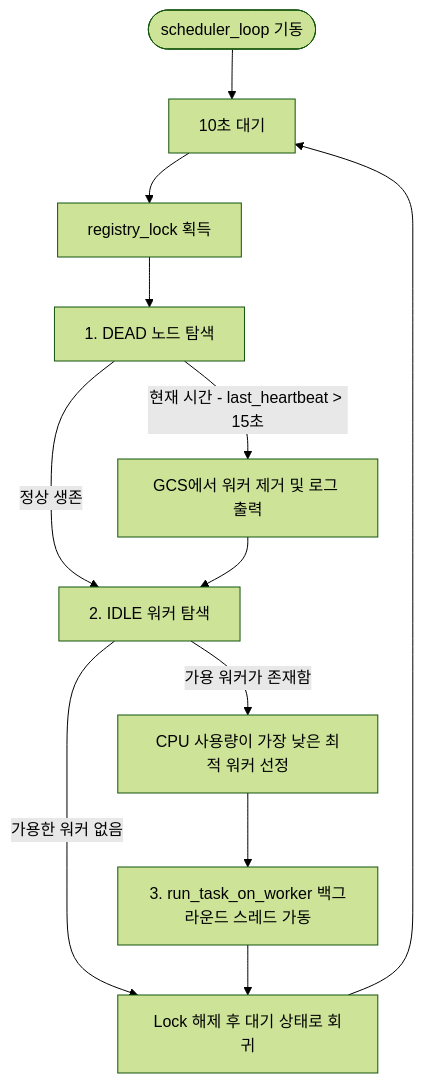
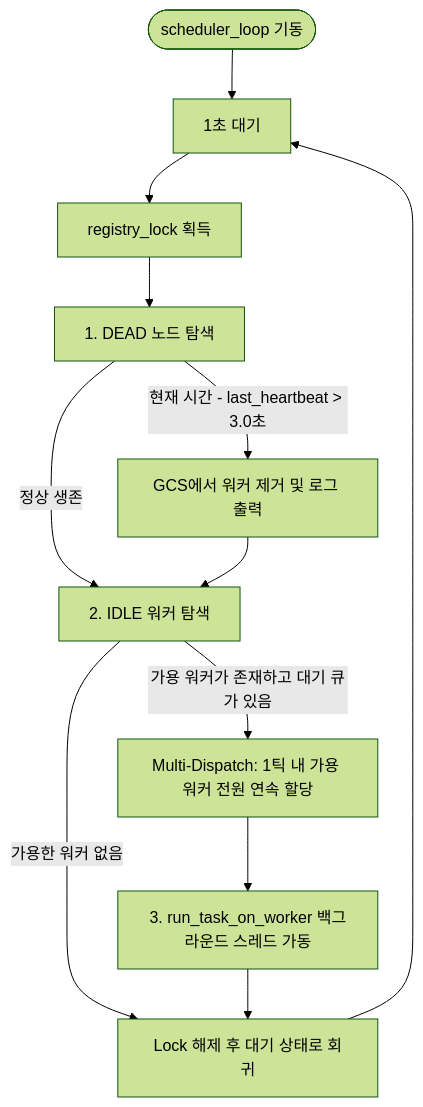
The diagram in head/README_Head.md (sijoon-sung/-WE-MEET), drawn with Mermaid (forest theme) before and after one commit. The commit also changed other lines of this file and 6 other files, not shown here.

````diff
--- a/head/README_Head.md
+++ b/head/README_Head.md
@@ -101,17 +101,17 @@
 ```mermaid
 flowchart TD
-    Start([scheduler_loop 기동]) --> Sleep[10초 대기]
+    Start([scheduler_loop 기동]) --> Sleep[1초 대기]
     Sleep --> Lock[registry_lock 획득]
     Lock --> CheckDead[1. DEAD 노드 탐색]
     
-    CheckDead -->|현재 시간 - last_heartbeat > 15초| MarkDead[GCS에서 워커 제거 및 로그 출력]
+    CheckDead -->|현재 시간 - last_heartbeat > 3.0초| MarkDead[GCS에서 워커 제거 및 로그 출력]
     CheckDead -->|정상 생존| FindIdle[2. IDLE 워커 탐색]
     
     MarkDead --> FindIdle
-    FindIdle -->|가용 워커가 존재함| SelectBest[CPU 사용량이 가장 낮은 최적 워커 선정]
+    FindIdle -->|가용 워커가 존재하고 대기 큐가 있음| DispatchLoop[Multi-Dispatch: 1틱 내 가용 워커 전원 연속 할당]
     FindIdle -->|가용한 워커 없음| ReleaseLock[Lock 해제 후 대기 상태로 회귀]
     
-    SelectBest --> Assign[3. run_task_on_worker 백그라운드 스레드 가동]
+    DispatchLoop --> Assign[3. run_task_on_worker 백그라운드 스레드 가동]
     Assign --> ReleaseLock
     ReleaseLock --> Sleep
 ```
````
